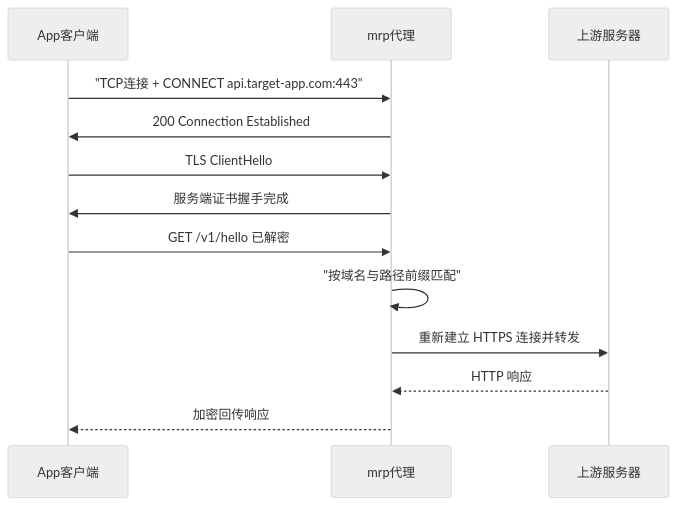
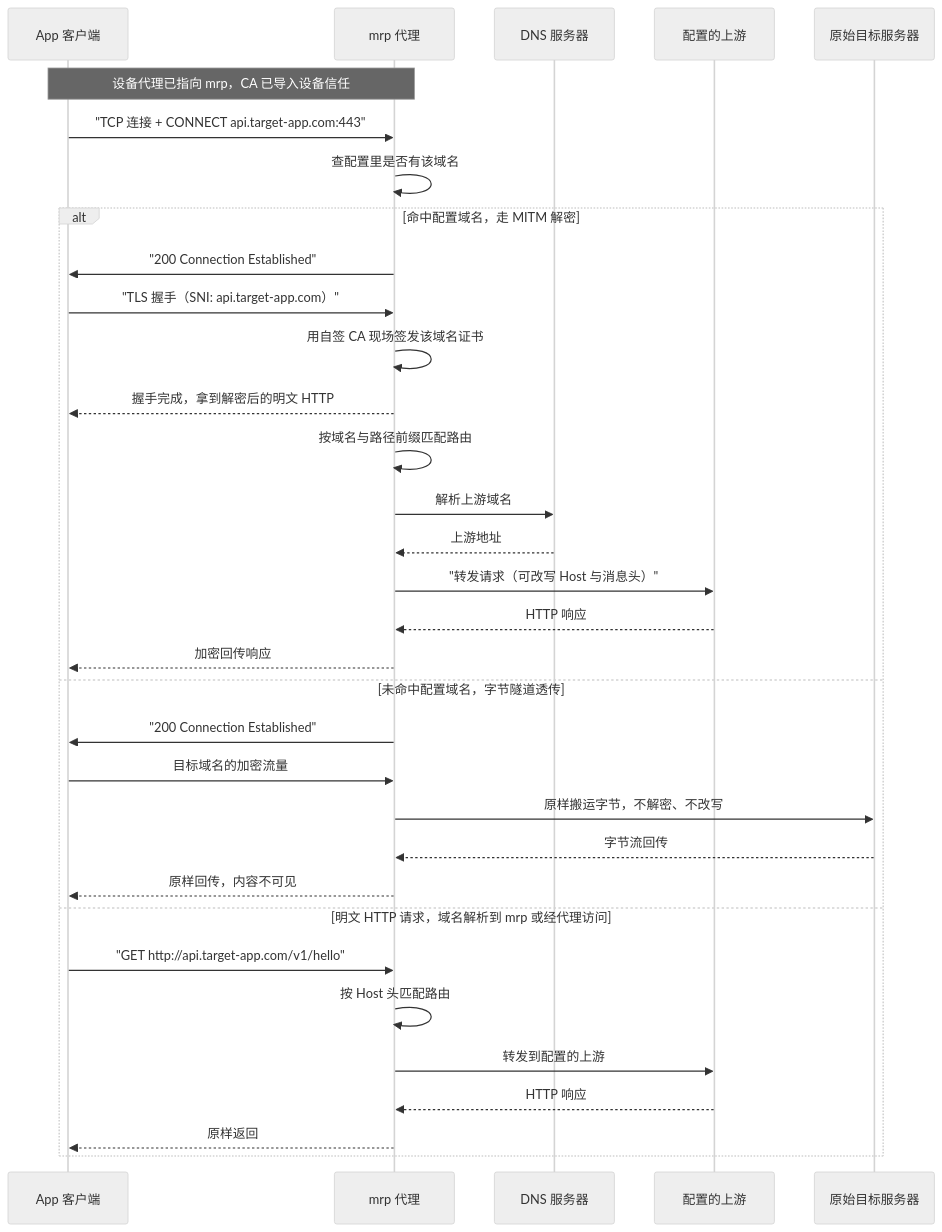
One commit to isunk/MyReverseProxy changed the diagram in README.md. Above: the diagram before and after it, drawn with Mermaid (neutral theme). The commit also changed other lines of this file and 1 other file, not shown here.

Commit message:
docs(readme): 新增功能特性章节、补全请求时序图，标题改为 My Reverse Proxy

````diff
--- a/README.md
+++ b/README.md
@@ -11,16 +36,40 @@
 ```mermaid
 sequenceDiagram
-    participant App as App客户端
-    participant mrp as mrp代理
-    participant Up as 上游服务器
+    participant App as App 客户端
+    participant mrp as mrp 代理
+    participant DNS as DNS 服务器
+    participant Up as 配置的上游
+    participant Tgt as 原始目标服务器
 
-    App->>mrp: "TCP连接 + CONNECT api.target-app.com:443"
-    mrp->>App: 200 Connection Established
-    App->>mrp: TLS ClientHello
-    mrp->>App: 服务端证书握手完成
-    App->>mrp: GET /v1/hello 已解密
-    mrp->>mrp: "按域名与路径前缀匹配"
-    mrp->>Up: 重新建立 HTTPS 连接并转发
-    Up-->>mrp: HTTP 响应
-    mrp-->>App: 加密回传响应
+    Note over App,mrp: 设备代理已指向 mrp，CA 已导入设备信任
+
+    App->>mrp: "TCP 连接 + CONNECT api.target-app.com:443"
+    mrp->>mrp: 查配置里是否有该域名
+
+    alt 命中配置域名，走 MITM 解密
+        mrp->>App: "200 Connection Established"
+        App->>mrp: "TLS 握手（SNI: api.target-app.com）"
+        mrp->>mrp: 用自签 CA 现场签发该域名证书
+        mrp-->>App: 握手完成，拿到解密后的明文 HTTP
+        mrp->>mrp: 按域名与路径前缀匹配路由
+        mrp->>DNS: 解析上游域名
+        DNS-->>mrp: 上游地址
+        mrp->>Up: "转发请求（可改写 Host 与消息头）"
+        Up-->>mrp: HTTP 响应
+        mrp-->>App: 加密回传响应
+
+    else 未命中配置域名，字节隧道透传
+        mrp->>App: "200 Connection Established"
+        App->>mrp: 目标域名的加密流量
+        mrp->>Tgt: 原样搬运字节，不解密、不改写
+        Tgt-->>mrp: 字节流回传
+        mrp-->>App: 原样回传，内容不可见
+
+    else 明文 HTTP 请求，域名解析到 mrp 或经代理访问
+        App->>mrp: "GET http://api.target-app.com/v1/hello"
+        mrp->>mrp: 按 Host 头匹配路由
+        mrp->>Up: 转发到配置的上游
+        Up-->>mrp: HTTP 响应
+        mrp-->>App: 原样返回
+    end
 ```
````
